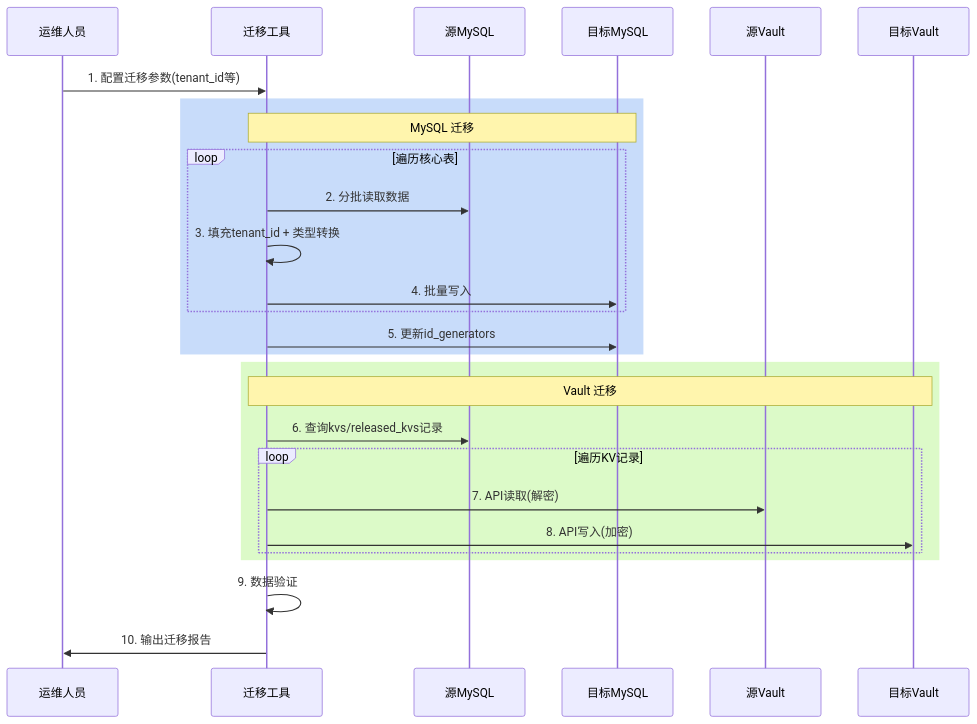
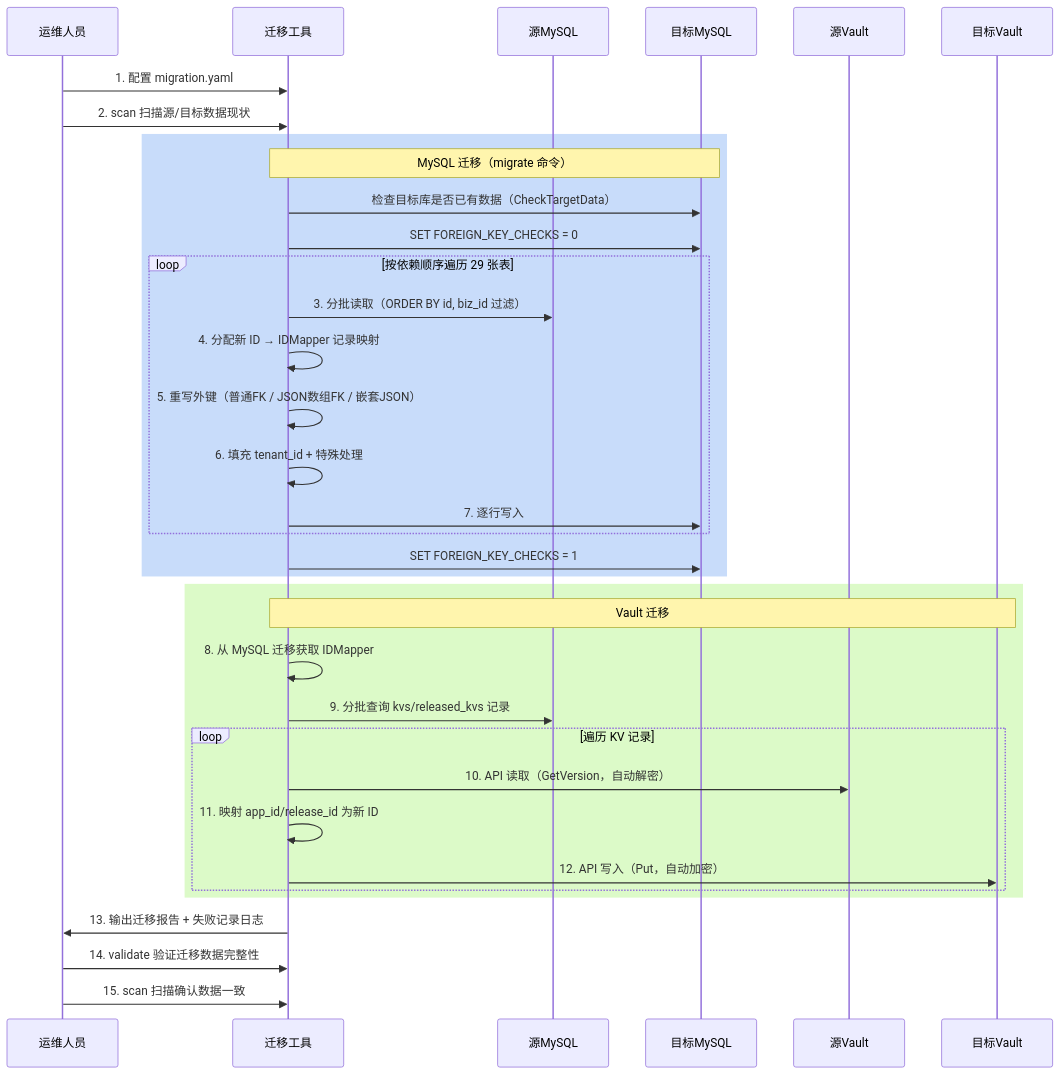
The sixth of 7 diagrams in cmd/tenant-migration/docs/多租户迁移plan.md (a-linye/bk-bscp), drawn with Mermaid before and after one commit. The commit also changed other lines of this file and 9 other files, not shown here.

````diff
--- a/cmd/tenant-migration/docs/多租户迁移plan.md
+++ b/cmd/tenant-migration/docs/多租户迁移plan.md
@@ -465,33 +463,42 @@
 ```mermaid
 sequenceDiagram
     participant Op as 运维人员
     participant Tool as 迁移工具
     participant SrcMySQL as 源MySQL
     participant TgtMySQL as 目标MySQL
     participant SrcVault as 源Vault
     participant TgtVault as 目标Vault
 
-    Op->>Tool: 1. 配置迁移参数(tenant_id等)
-    
+    Op->>Tool: 1. 配置 migration.yaml
+    Op->>Tool: 2. scan 扫描源/目标数据现状
+
     rect rgb(200, 220, 250)
-        Note over Tool,TgtMySQL: MySQL 迁移
-        loop 遍历核心表
-            Tool->>SrcMySQL: 2. 分批读取数据
-            Tool->>Tool: 3. 填充tenant_id + 类型转换
-            Tool->>TgtMySQL: 4. 批量写入
+        Note over Tool,TgtMySQL: MySQL 迁移（migrate 命令）
+        Tool->>TgtMySQL: 检查目标库是否已有数据（CheckTargetData）
+        Tool->>TgtMySQL: SET FOREIGN_KEY_CHECKS = 0
+        loop 按依赖顺序遍历 29 张表
+            Tool->>SrcMySQL: 3. 分批读取（ORDER BY id, biz_id 过滤）
+            Tool->>Tool: 4. 分配新 ID → IDMapper 记录映射
+            Tool->>Tool: 5. 重写外键（普通FK / JSON数组FK / 嵌套JSON）
+            Tool->>Tool: 6. 填充 tenant_id + 特殊处理
+            Tool->>TgtMySQL: 7. 逐行写入
         end
-        Tool->>TgtMySQL: 5. 更新id_generators
+        Tool->>TgtMySQL: SET FOREIGN_KEY_CHECKS = 1
     end
-    
+
     rect rgb(220, 250, 200)
         Note over Tool,TgtVault: Vault 迁移
-        Tool->>SrcMySQL: 6. 查询kvs/released_kvs记录
-        loop 遍历KV记录
-            Tool->>SrcVault: 7. API读取(解密)
-            Tool->>TgtVault: 8. API写入(加密)
+        Tool->>Tool: 8. 从 MySQL 迁移获取 IDMapper
+        Tool->>SrcMySQL: 9. 分批查询 kvs/released_kvs 记录
+        loop 遍历 KV 记录
+            Tool->>SrcVault: 10. API 读取（GetVersion，自动解密）
+            Tool->>Tool: 11. 映射 app_id/release_id 为新 ID
+            Tool->>TgtVault: 12. API 写入（Put，自动加密）
         end
     end
-    
-    Tool->>Tool: 9. 数据验证
-    Tool->>Op: 10. 输出迁移报告
+
+    Tool->>Op: 13. 输出迁移报告 + 失败记录日志
+
+    Op->>Tool: 14. validate 验证迁移数据完整性
+    Op->>Tool: 15. scan 扫描确认数据一致
 ```
````
